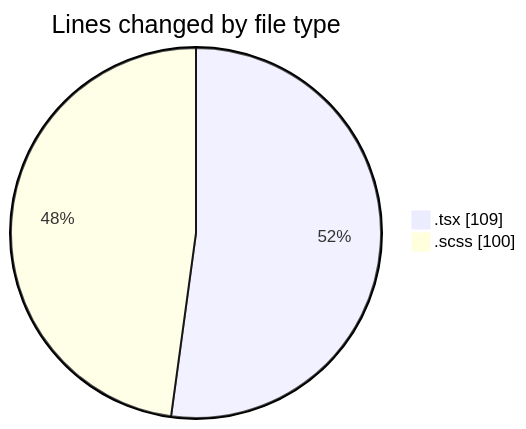
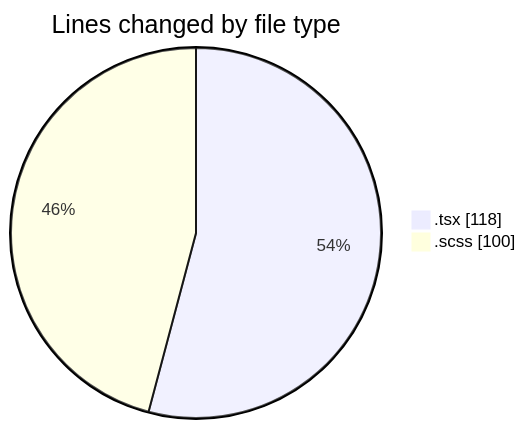
The first of 2 diagrams in 2026-04-16/cda/README.md (momahboobian/code-tracking), drawn with Mermaid before and after one commit. The commit also changed other lines of this file and 1 other file, not shown here.

````diff
--- a/2026-04-16/cda/README.md
+++ b/2026-04-16/cda/README.md
@@ -22,6 +22,6 @@
 ```mermaid
 pie showData
 title Lines changed by file type
-".tsx" : 109
+".tsx" : 118
 ".scss" : 100
 ```
````
